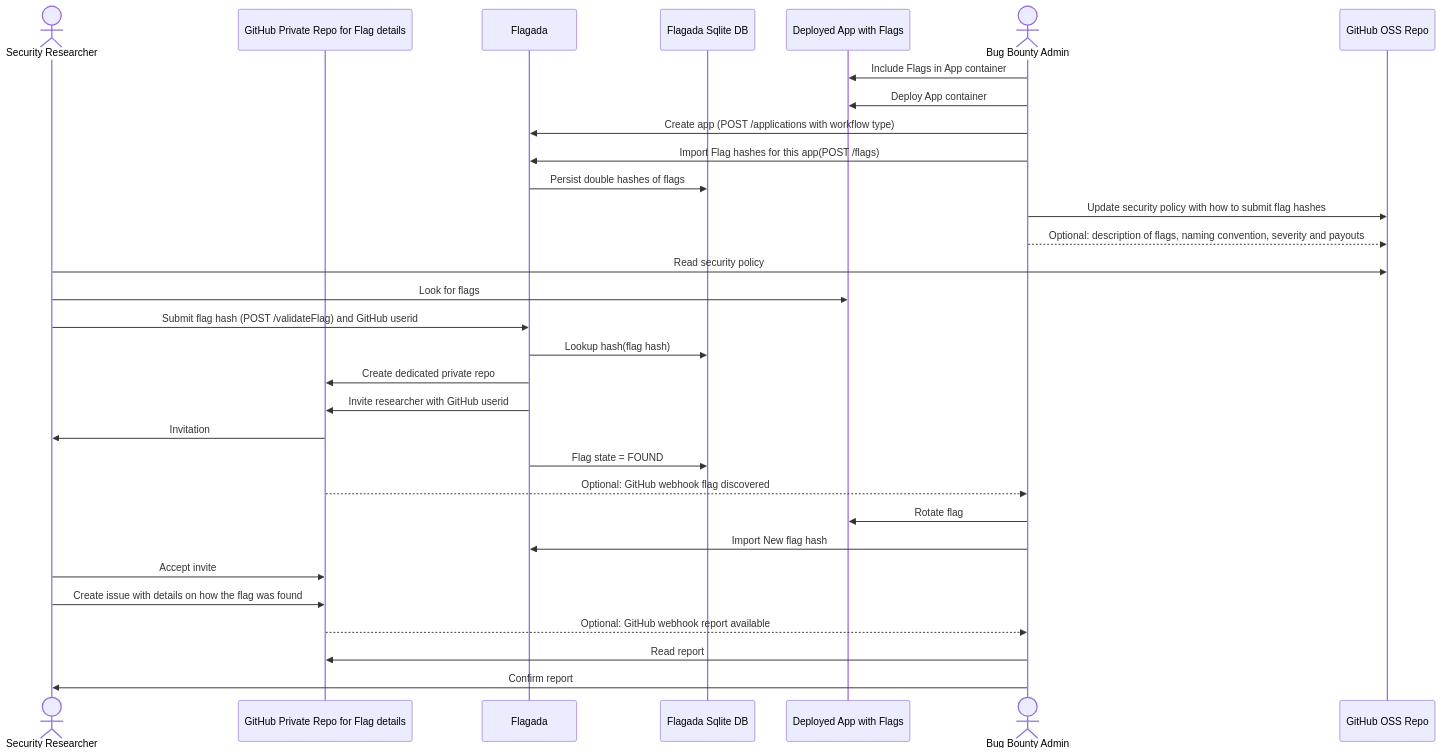
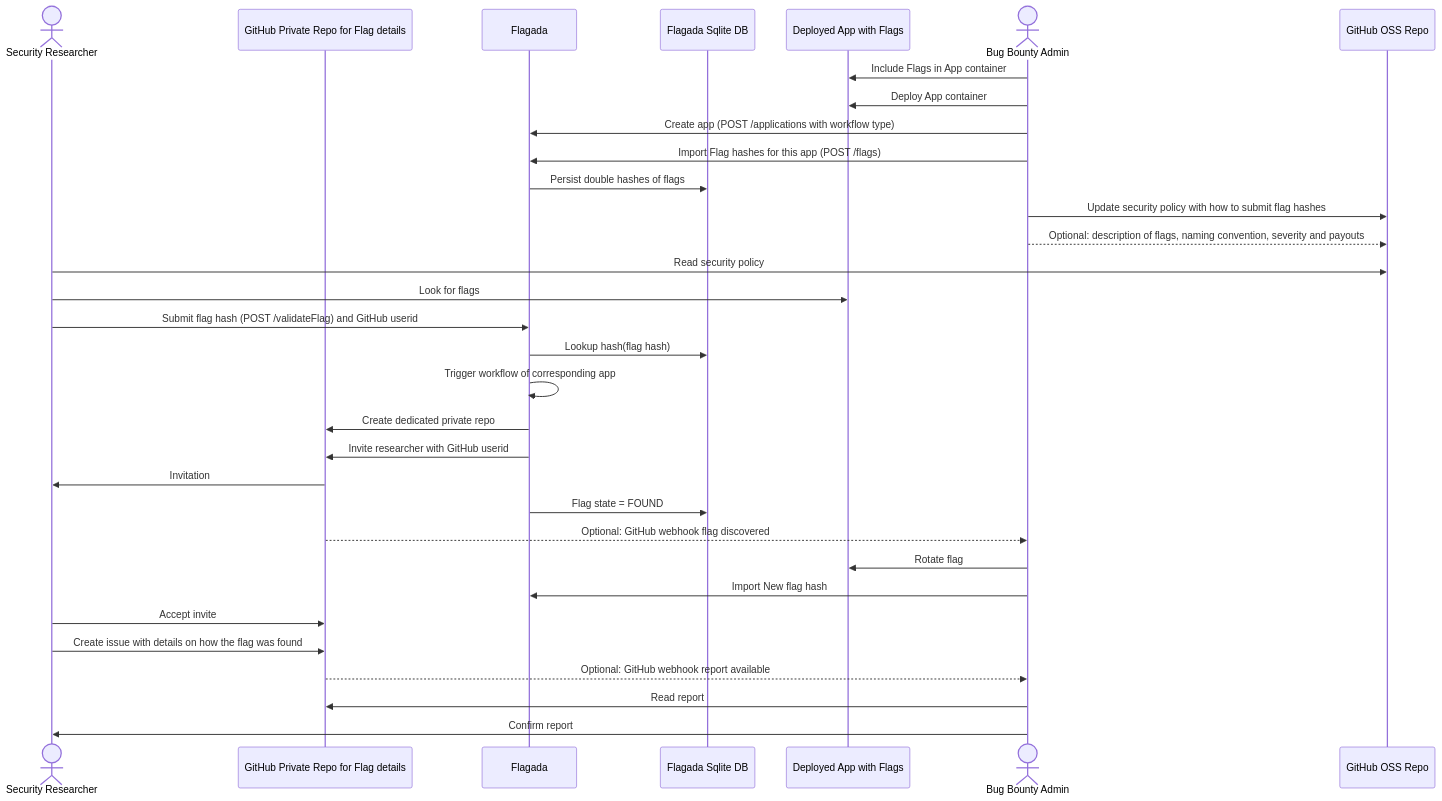
One commit to appsecmatters/flagada changed the diagram in opensource_workflow.md. Above: the diagram before and after it, drawn with Mermaid.

Commit message:
Worfklow selection in sequence diagram

````diff
--- a/opensource_workflow.md
+++ b/opensource_workflow.md
@@ -3,42 +3,43 @@
 ```mermaid
 sequenceDiagram
     actor Researcher as Security Researcher
     participant GitHub2 as GitHub Private Repo for Flag details
     participant Flagada
     participant DB as Flagada Sqlite DB
     participant App as Deployed App with Flags
     actor Admin as Bug Bounty Admin
     participant GitHub as GitHub OSS Repo
 
     Admin->>App: Include Flags in App container
     Admin->>App: Deploy App container
     Admin->>Flagada: Create app (POST /applications with workflow type)
-    Admin->>Flagada: Import Flag hashes for this app(POST /flags)
+    Admin->>Flagada: Import Flag hashes for this app (POST /flags)
     Flagada->>DB: Persist double hashes of flags
     Admin->>GitHub: Update security policy with how to submit flag hashes
     Admin-->>GitHub: Optional: description of flags, naming convention, severity and payouts
     
     Researcher->>GitHub: Read security policy
     Researcher->>App: Look for flags
 
     Researcher->>Flagada: Submit flag hash (POST /validateFlag) and GitHub userid
     Flagada->>DB: Lookup hash(flag hash)
+    Flagada->>Flagada: Trigger workflow of corresponding app
 
     Flagada->>GitHub2: Create dedicated private repo
     Flagada->>GitHub2: Invite researcher with GitHub userid
     GitHub2->>Researcher: Invitation
     Flagada->>DB: Flag state = FOUND
     GitHub2-->>Admin: Optional: GitHub webhook flag discovered
 
     Admin->>App: Rotate flag
     Admin->>Flagada: Import New flag hash
 
     Researcher->>GitHub2: Accept invite
 
     Researcher->>GitHub2: Create issue with details on how the flag was found
     GitHub2-->>Admin: Optional: GitHub webhook report available
 
     Admin->>GitHub2: Read report
     Admin->>Researcher: Confirm report
 
 ```
````
